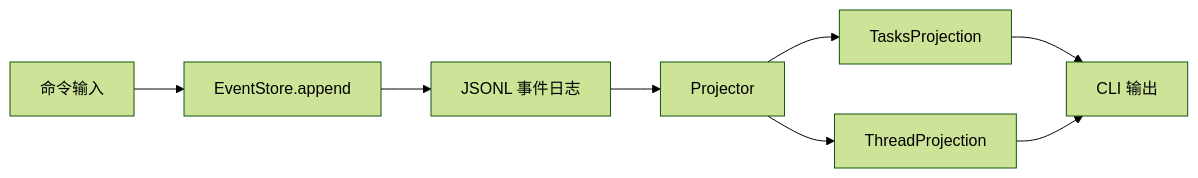
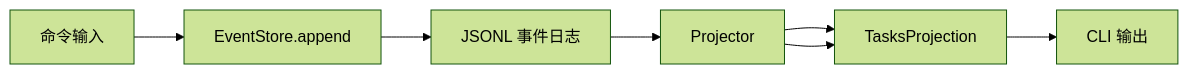
One commit to Adversarr/coauthor changed the second of 5 diagrams in docs/M0_STATUS.md. Above: the diagram before and after it, drawn with Mermaid (forest theme). The commit also changed other lines of this file and 25 other files, not shown here.

First line of the commit message:
refactor: simplify V0 architecture by removing drift detection and file watching

````diff
--- a/docs/M0_STATUS.md
+++ b/docs/M0_STATUS.md
@@ -217,10 +213,9 @@
 ```mermaid
 graph LR
     A[命令输入] --> B[EventStore.append]
     B --> C[JSONL 事件日志]
     C --> D[Projector]
     D --> E[TasksProjection]
-    D --> F[ThreadProjection]
+    D --> E[TasksProjection]
     E --> G[CLI 输出]
-    F --> G
 ```
````
